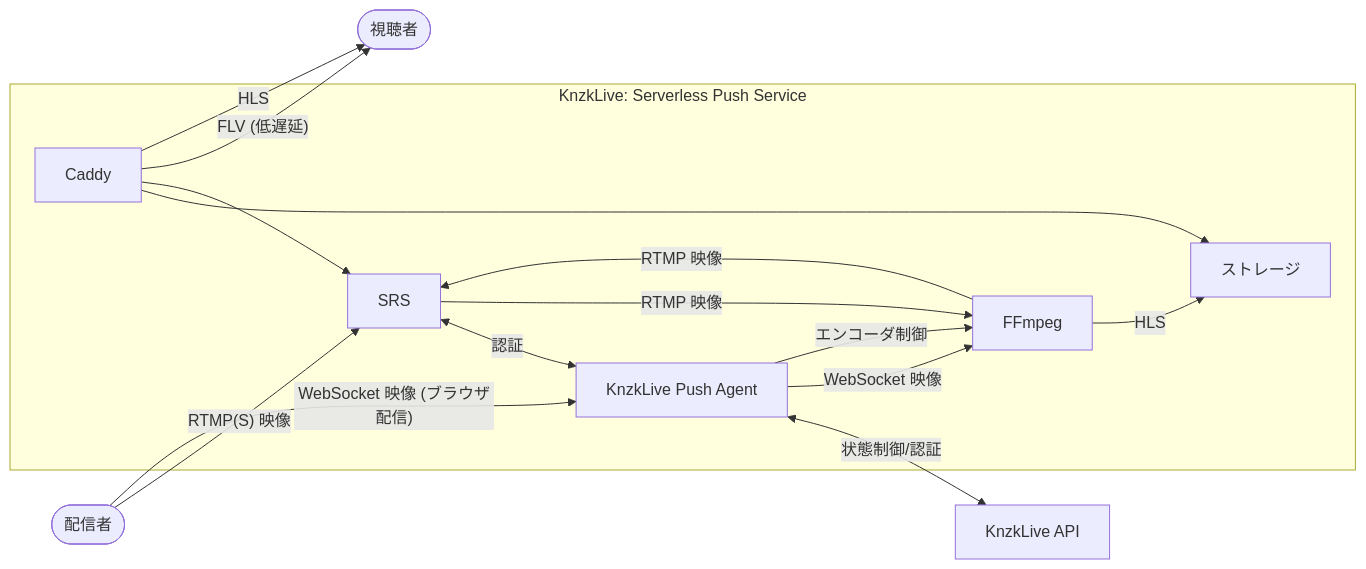
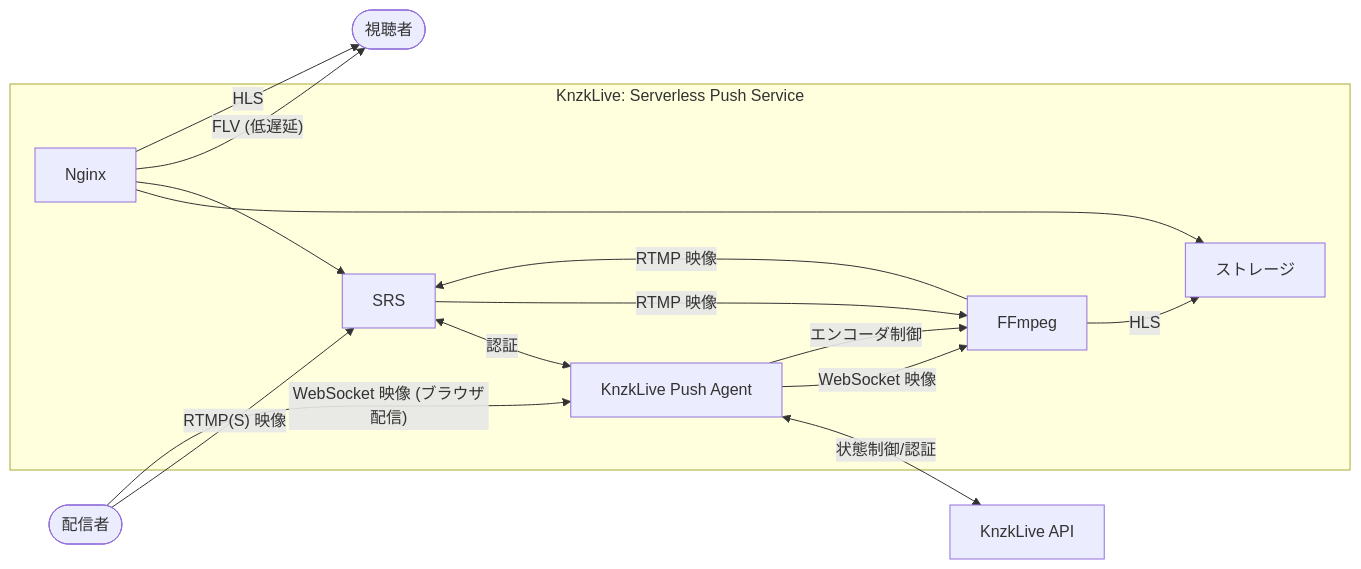
The diagram in apps/push-serverless/README.md (nzws/knzklive2), drawn with Mermaid before and after one commit. The commit also changed other lines of this file and 6 other files, not shown here.

````diff
--- a/apps/push-serverless/README.md
+++ b/apps/push-serverless/README.md
@@ -22,35 +22,34 @@
 ```mermaid
 graph LR
     api["KnzkLive API"]
-	  caddy["Caddy"]
+	  nginx["Nginx"]
     srs["SRS"]
     agent["KnzkLive Push Agent"]
     ffmpeg["FFmpeg"]
     storage["ストレージ"]
 
     streamer(["配信者"])
     viewer(["視聴者"])
 
     streamer -- RTMP(S) 映像 --> srs
     streamer -- WebSocket 映像 (ブラウザ配信) --> agent
 
     agent <-- 状態制御/認証 --> api
 
     subgraph KnzkLive: Serverless Push Service
       agent -- WebSocket 映像 --> ffmpeg
       ffmpeg -- RTMP 映像 --> srs
 
       srs <-- 認証 --> agent
       agent -- エンコーダ制御 --> ffmpeg
       srs -- RTMP 映像 --> ffmpeg
 
       ffmpeg -- HLS --> storage
 
-      caddy --> storage
-      caddy --> srs
+      nginx --> storage
+      nginx --> srs
     end
 
-    caddy -- FLV (低遅延) --> viewer
-    caddy -- HLS --> viewer
-
+    nginx -- FLV (低遅延) --> viewer
+    nginx -- HLS --> viewer
 ```
````
